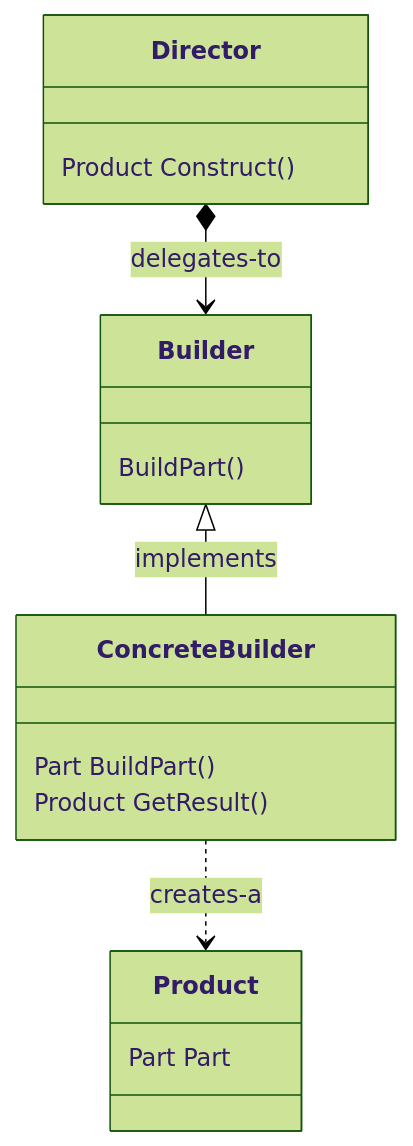
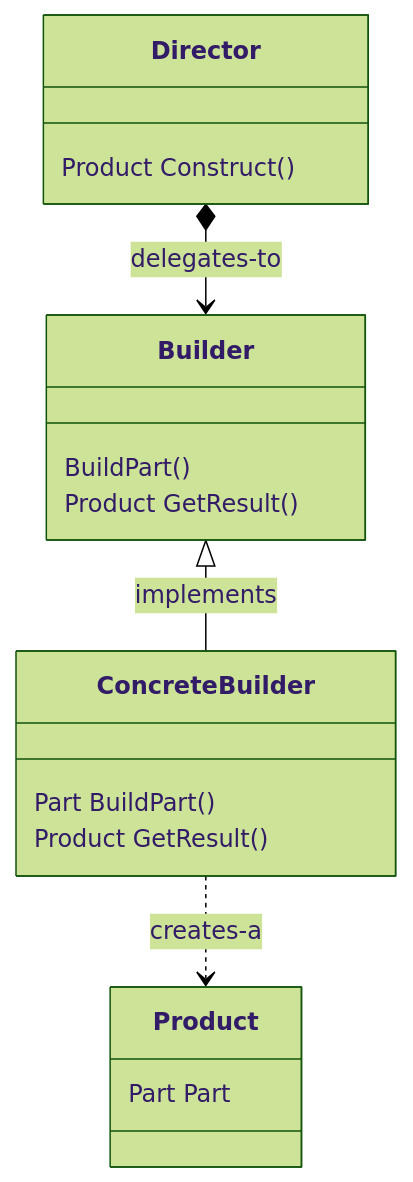
One commit to kaiosilveira/design-patterns changed the diagram in builder/README.md. Above: the diagram before and after it, drawn with Mermaid (forest theme). The commit also changed other lines of this file, not shown here.

````diff
--- a/builder/README.md
+++ b/builder/README.md
@@ -11,23 +11,24 @@
 ```mermaid
 classDiagram
 class Product {
     Part Part
 }
 
 class Director {
     Product Construct()
 }
 
 class Builder {
     BuildPart()
+    Product GetResult()
 }
 
 class ConcreteBuilder {
     Part BuildPart()
     Product GetResult()
 }
 
 Director*-->Builder : delegates-to
 Builder<|--ConcreteBuilder : implements
 ConcreteBuilder..>Product : creates-a
 ```
````
